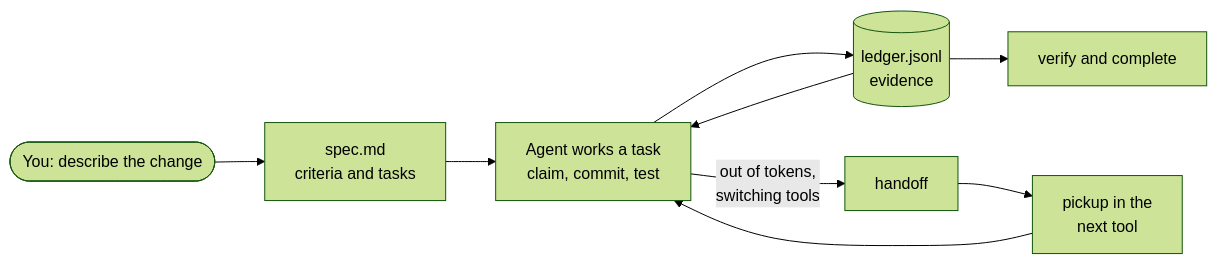
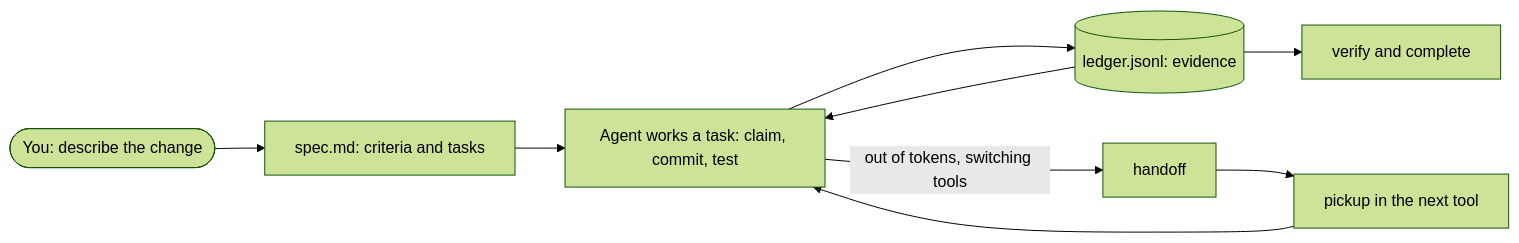
One commit to anton-abyzov/specweave changed the diagram in docs-site/docs/overview/introduction.md. Above: the diagram before and after it, drawn with Mermaid (forest theme). The commit also changed 105 other files, not shown here.

Commit message:
Reorganize site content, add scroll sequences and tutorial guides

````diff
--- a/docs-site/docs/overview/introduction.md
+++ b/docs-site/docs/overview/introduction.md
@@ -22,11 +22,11 @@
 ```mermaid
 flowchart LR
-  you([You: describe the change]) --> spec[spec.md<br/>criteria and tasks]
-  spec --> loop[Agent works a task<br/>claim, commit, test]
-  loop --> ledger[(ledger.jsonl<br/>evidence)]
+  you([You: describe the change]) --> spec[spec.md: criteria and tasks]
+  spec --> loop[Agent works a task: claim, commit, test]
+  loop --> ledger[(ledger.jsonl: evidence)]
   ledger --> loop
-  loop -->|out of tokens,<br/>switching tools| handoff[handoff]
-  handoff --> pickup[pickup in the<br/>next tool]
+  loop -->|out of tokens, switching tools| handoff[handoff]
+  handoff --> pickup[pickup in the next tool]
   pickup --> loop
   ledger --> done[verify and complete]
 ```
````
